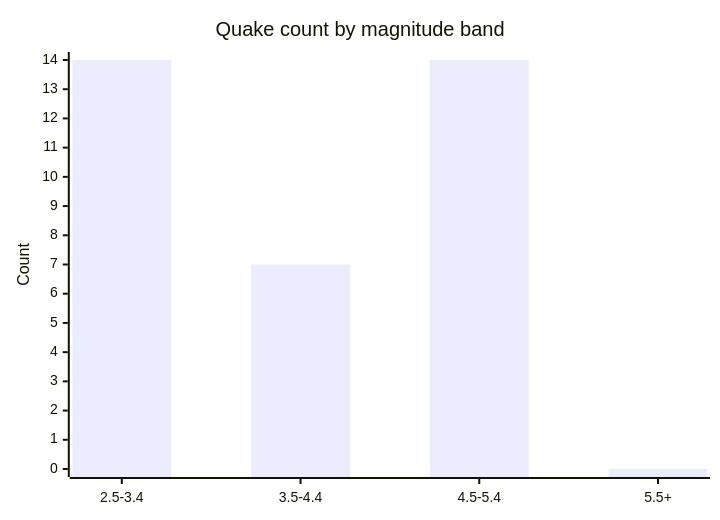
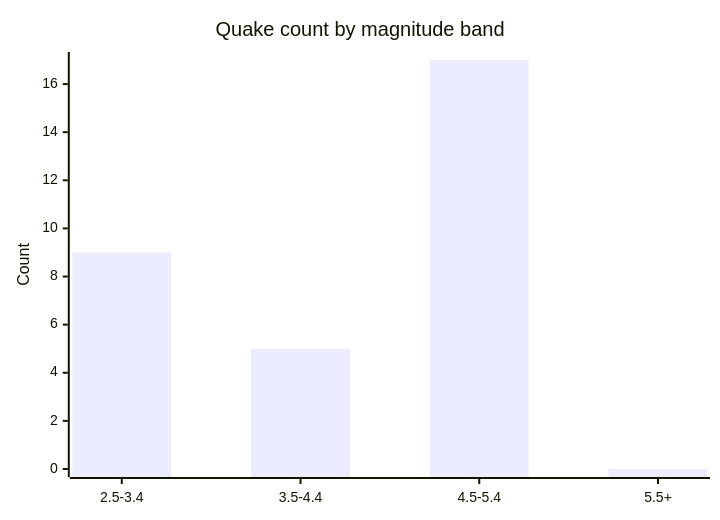
One commit to Midwest-Stratospheric/aerostratospheric-defense-gir changed the fifth of 6 diagrams in docs/GRAPHS.md. Above: the diagram before and after it, drawn with Mermaid. The commit also changed other lines of this file and 24 other files, not shown here.

````diff
--- a/docs/GRAPHS.md
+++ b/docs/GRAPHS.md
@@ -82,7 +82,7 @@
 ```mermaid
 xychart-beta
   title "Quake count by magnitude band"
   x-axis ["2.5-3.4", "3.5-4.4", "4.5-5.4", "5.5+"]
-  y-axis "Count" 0 --> 14
-  bar [14, 7, 14, 0]
+  y-axis "Count" 0 --> 17
+  bar [9, 5, 17, 0]
 ```
````
